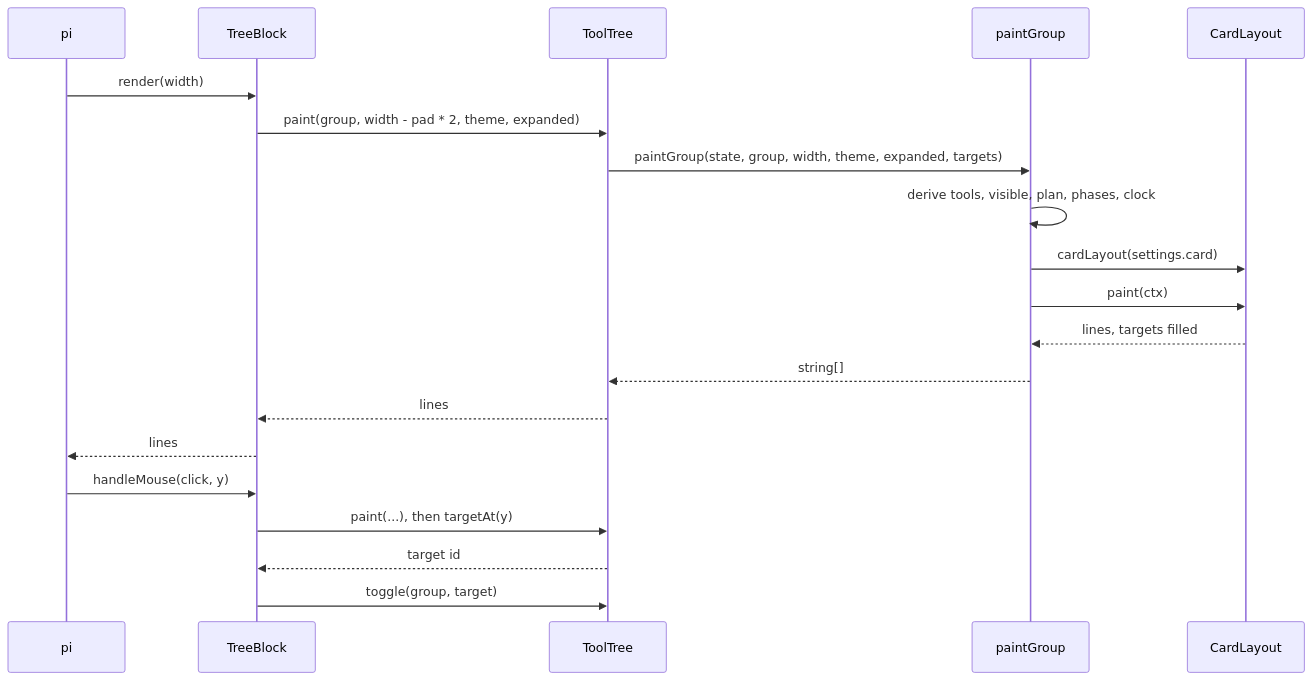
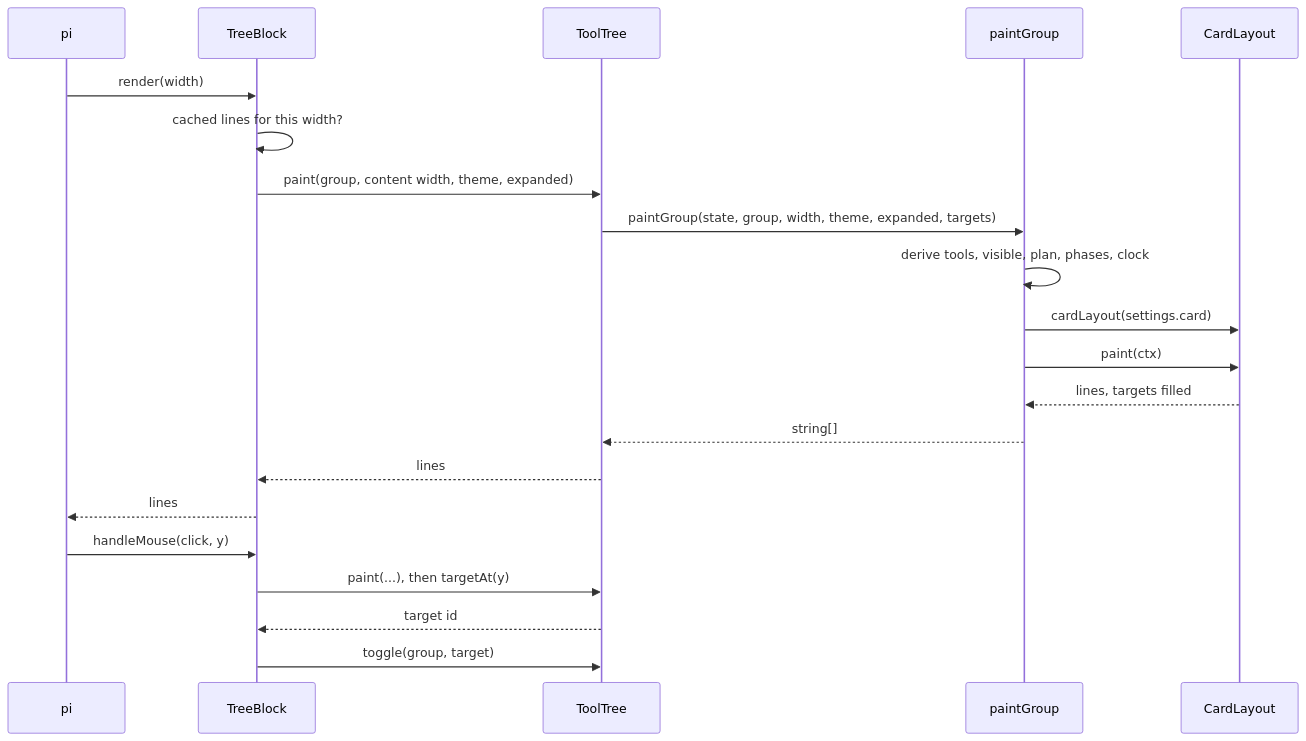
Before and after one commit to Gendyyy/pi-grove: the second of 2 diagrams in docs/architecture.md, drawn with Mermaid. The commit also changed other lines of this file and 19 other files, not shown here.

First line of the commit message:
fix: paint and click at the same width so the hit map lines up

````diff
--- a/docs/architecture.md
+++ b/docs/architecture.md
@@ -30,22 +30,23 @@
 ```mermaid
 sequenceDiagram
     participant P as pi
     participant B as TreeBlock
     participant T as ToolTree
     participant G as paintGroup
     participant L as CardLayout
     P->>B: render(width)
-    B->>T: paint(group, width - pad * 2, theme, expanded)
+    B->>B: cached lines for this width?
+    B->>T: paint(group, content width, theme, expanded)
     T->>G: paintGroup(state, group, width, theme, expanded, targets)
     G->>G: derive tools, visible, plan, phases, clock
     G->>L: cardLayout(settings.card)
     G->>L: paint(ctx)
     L-->>G: lines, targets filled
     G-->>T: string[]
     T-->>B: lines
     B-->>P: lines
     P->>B: handleMouse(click, y)
     B->>T: paint(...), then targetAt(y)
     T-->>B: target id
     B->>T: toggle(group, target)
 ```
````
